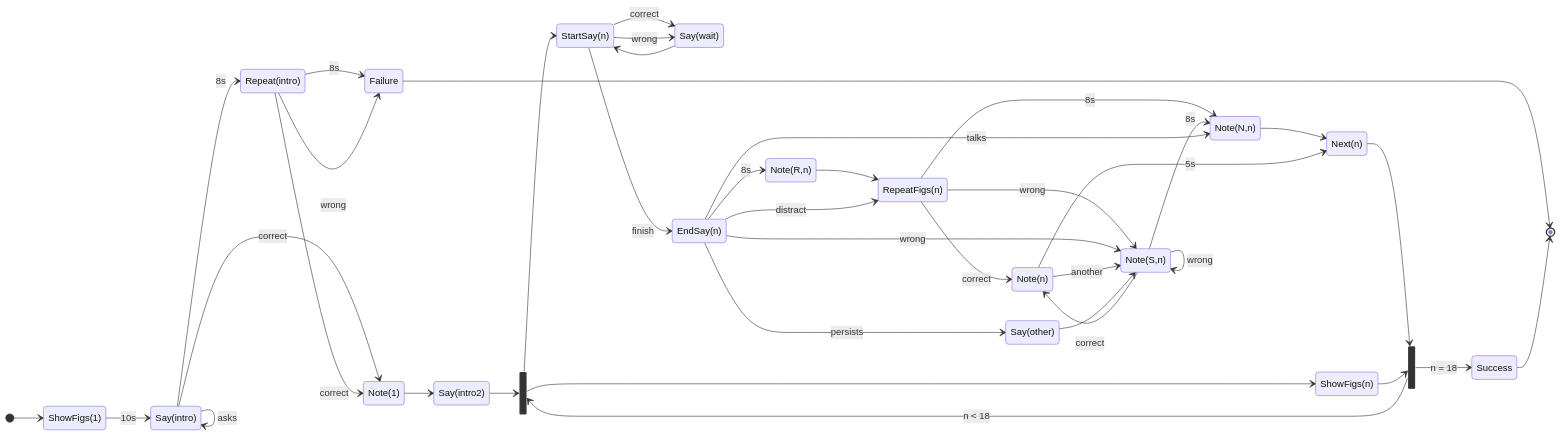
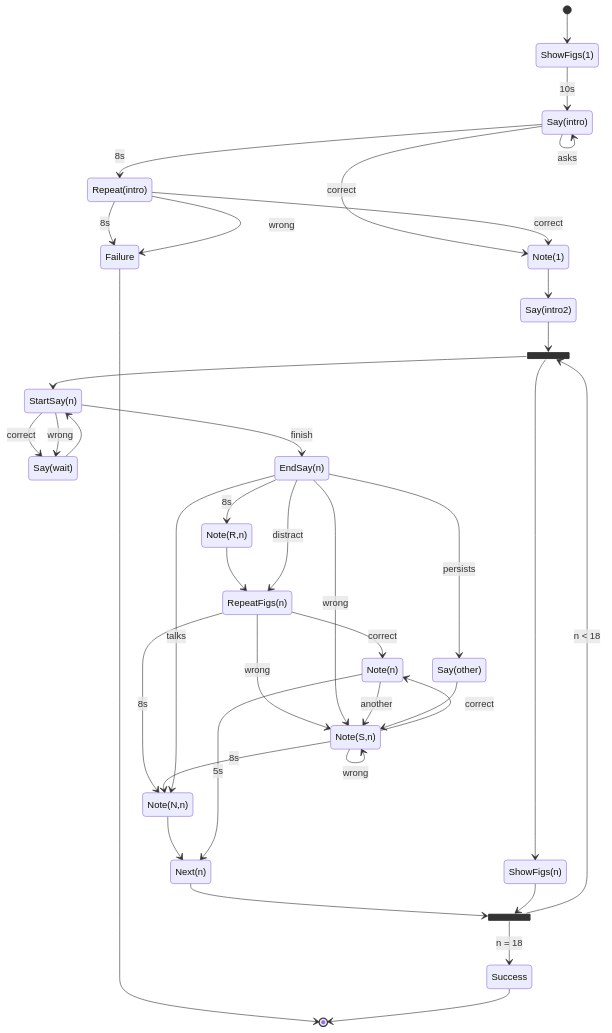
Before and after one commit to pstlab/RESTART: the first of 11 diagrams in rules/README.md, drawn with Mermaid.

````diff
--- a/rules/README.md
+++ b/rules/README.md
@@ -3,44 +3,43 @@
 ```mermaid
 stateDiagram-v2
-    direction LR
     [*] --> ShowFigs(1)
     ShowFigs(1) --> Say(intro): 10s
     Say(intro) --> Note(1): correct
     Say(intro) --> Repeat(intro): 8s
     Say(intro) --> Say(intro): asks
     Repeat(intro) --> Failure: 8s
     Failure --> [*]
     Repeat(intro) --> Note(1): correct
     Repeat(intro) --> Failure: wrong
     Note(1) --> Say(intro2)
     state fork_state <<fork>>
     Say(intro2) --> fork_state
     fork_state --> ShowFigs(n)
     fork_state --> StartSay(n)
     StartSay(n) --> Say(wait): correct
     StartSay(n) --> Say(wait): wrong
     Say(wait) --> StartSay(n)
     StartSay(n) --> EndSay(n): finish
     EndSay(n) --> Note(R,n): 8s
     Note(R,n) --> RepeatFigs(n)
     RepeatFigs(n) --> Note(N,n): 8s
     RepeatFigs(n) --> Note(n): correct
     RepeatFigs(n) --> Note(S,n): wrong
     Note(N,n) --> Next(n)
     state join_state <<join>>
     Next(n) --> join_state
     ShowFigs(n) --> join_state
     join_state --> fork_state: n < 18
     join_state --> Success: n = 18
     Success --> [*]
     EndSay(n) --> Note(S,n): wrong
     Note(S,n) --> Note(N,n): 8s
     Note(S,n) --> Note(S,n): wrong
     Note(S,n) --> Note(n): correct
     Note(n) --> Next(n): 5s
     Note(n) --> Note(S,n): another
     EndSay(n) --> Note(N,n): talks
     EndSay(n) --> Say(other): persists
     Say(other) --> Note(S,n)
     EndSay(n) --> RepeatFigs(n): distract
 ```
````
